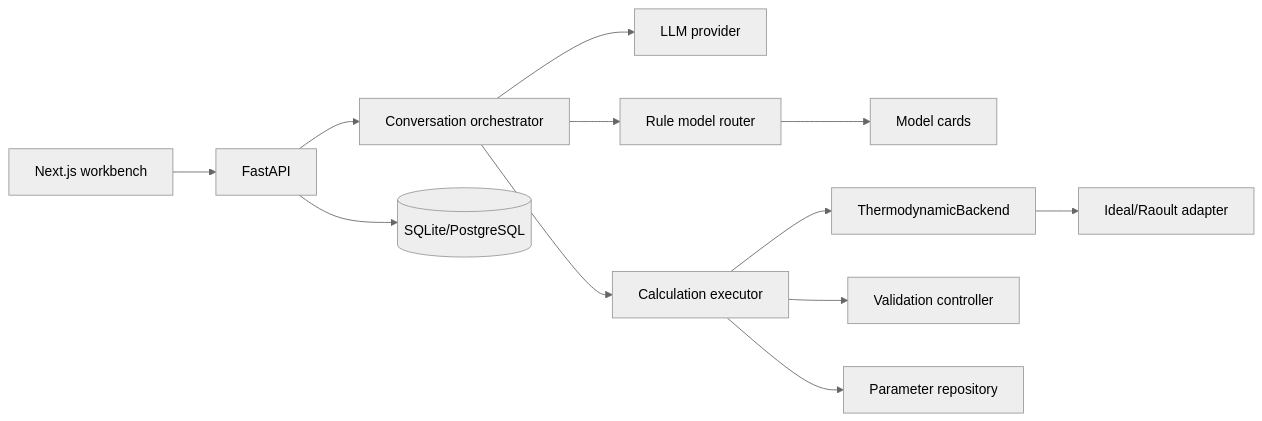
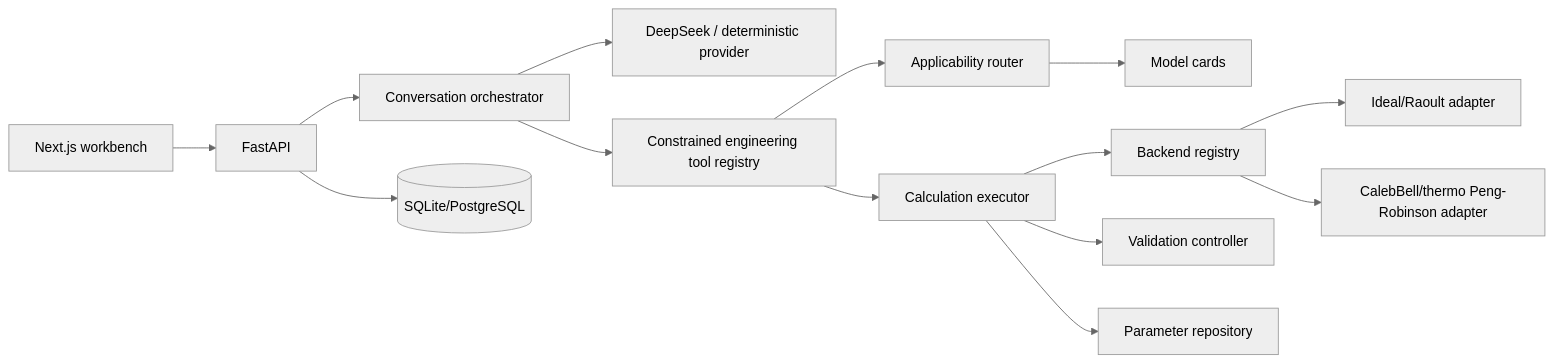
One commit to CSH-boop/ThermoEqui-Agent changed the diagram in docs/architecture.md. Above: the diagram before and after it, drawn with Mermaid (neutral theme). The commit also changed other lines of this file and 22 other files, not shown here.

Commit message:
Integrate constrained agent with thermo backend

````diff
--- a/docs/architecture.md
+++ b/docs/architecture.md
@@ -3,14 +3,16 @@
 ```mermaid
 flowchart LR
   UI[Next.js workbench] --> API[FastAPI]
   API --> ORCH[Conversation orchestrator]
-  ORCH --> LLM[LLM provider]
-  ORCH --> ROUTER[Rule model router]
-  ORCH --> EXEC[Calculation executor]
-  EXEC --> BACKEND[ThermodynamicBackend]
+  ORCH --> LLM[DeepSeek / deterministic provider]
+  ORCH --> TOOLS[Constrained engineering tool registry]
+  TOOLS --> ROUTER[Applicability router]
+  TOOLS --> EXEC[Calculation executor]
+  EXEC --> BACKEND[Backend registry]
   BACKEND --> IDEAL[Ideal/Raoult adapter]
+  BACKEND --> PR[CalebBell/thermo Peng-Robinson adapter]
   EXEC --> VALIDATE[Validation controller]
   API --> DB[(SQLite/PostgreSQL)]
   ROUTER --> CARDS[Model cards]
   EXEC --> PARAMS[Parameter repository]
 ```
````
